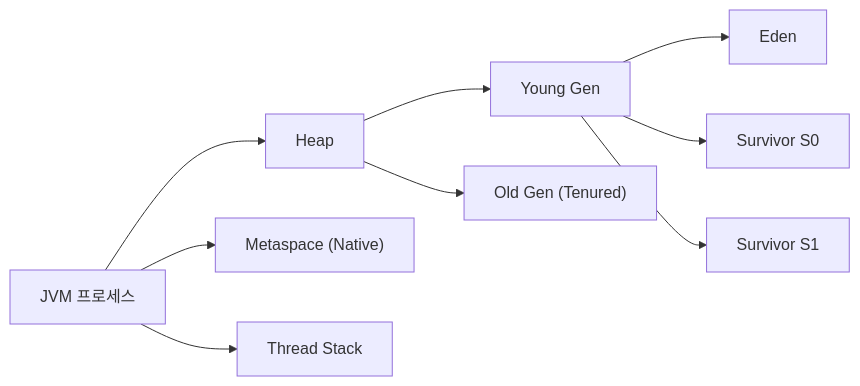
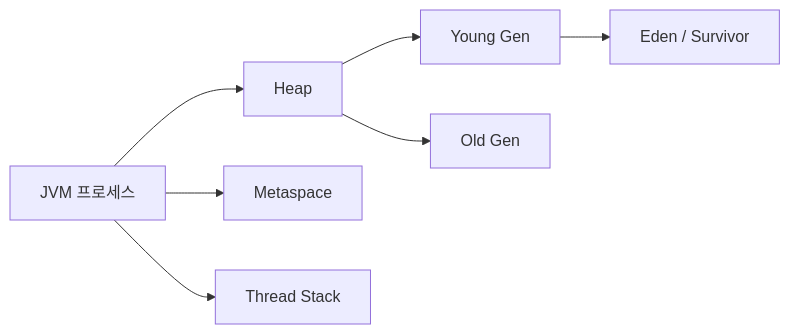
The second of 9 diagrams in _posts/java/2026-05-01-java-garbage-collector.md (yjkim2015/yjkim2015.github.io), drawn with Mermaid before and after one commit. The commit also changed other lines of this file and 245 other files, not shown here.

First line of the commit message:
Mermaid 다이어그램 전면 수정 + 면접 포인트 접기/펼치기 + DB 데드락 페이지

````diff
--- a/_posts/java/2026-05-01-java-garbage-collector.md
+++ b/_posts/java/2026-05-01-java-garbage-collector.md
@@ -60,11 +60,9 @@
 ```mermaid
 graph LR
     JVM["JVM 프로세스"] --> HEAP["Heap"]
-    JVM --> META["Metaspace (Native)"]
+    JVM --> META["Metaspace"]
     JVM --> STACK["Thread Stack"]
     HEAP --> YOUNG["Young Gen"]
-    HEAP --> OLD["Old Gen (Tenured)"]
-    YOUNG --> EDEN["Eden"]
-    YOUNG --> S0["Survivor S0"]
-    YOUNG --> S1["Survivor S1"]
+    HEAP --> OLD["Old Gen"]
+    YOUNG --> EDEN["Eden / Survivor"]
 ```
````
